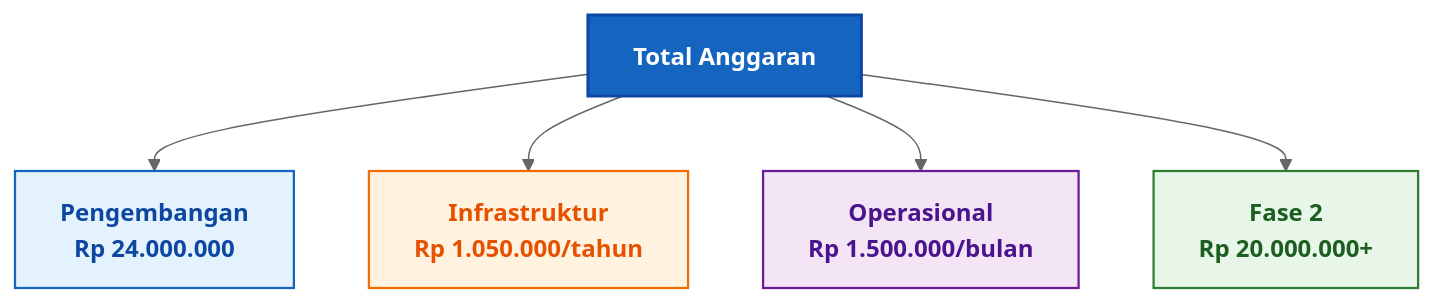
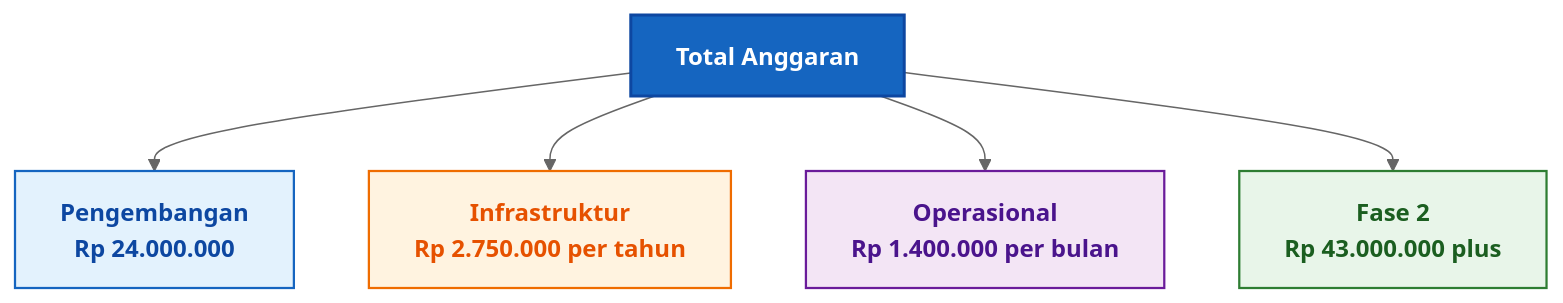
Diagram 17 of 19 in README.md (sekarpratama/project1), drawn with Mermaid (neutral theme) before and after one commit. The commit also changed other lines of this file, not shown here.

````diff
--- a/README.md
+++ b/README.md
@@ -1071,20 +1122,19 @@
 ```mermaid
 flowchart TB
     A["Total Anggaran"]:::root
-
     B["Pengembangan<br/>Rp 24.000.000"]:::dev
-    C["Infrastruktur<br/>Rp 1.050.000/tahun"]:::infra
-    D["Operasional<br/>Rp 1.500.000/bulan"]:::ops
-    E["Fase 2<br/>Rp 20.000.000+"]:::fase
+    C["Infrastruktur<br/>Rp 2.750.000 per tahun"]:::infra
+    D["Operasional<br/>Rp 1.400.000 per bulan"]:::ops
+    E["Fase 2<br/>Rp 43.000.000 plus"]:::fase
 
     A --> B
     A --> C
     A --> D
     A --> E
 
     classDef root fill:#1565c0,stroke:#0d47a1,stroke-width:2px,color:#ffffff,font-weight:bold
     classDef dev fill:#e3f2fd,stroke:#1565c0,stroke-width:1.5px,color:#0d47a1
     classDef infra fill:#fff3e0,stroke:#ef6c00,stroke-width:1.5px,color:#e65100
     classDef ops fill:#f3e5f5,stroke:#6a1b9a,stroke-width:1.5px,color:#4a148c
     classDef fase fill:#e8f5e9,stroke:#2e7d32,stroke-width:1.5px,color:#1b5e20
 ```
````
